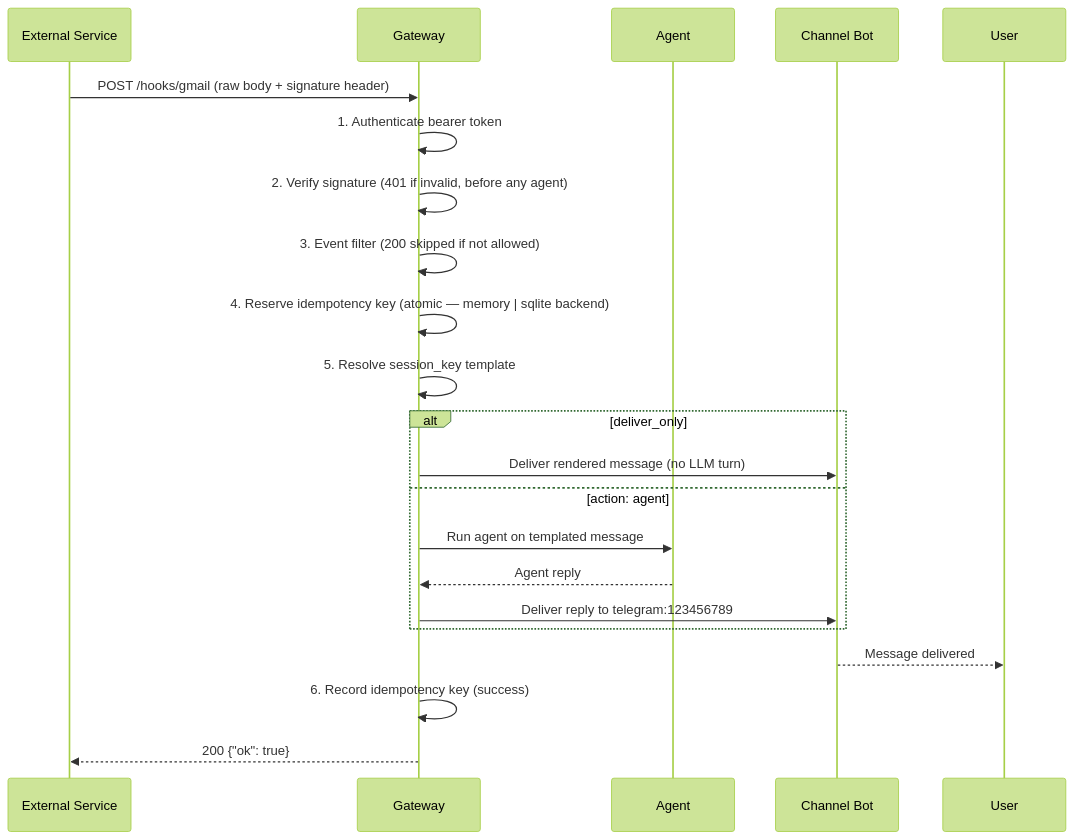
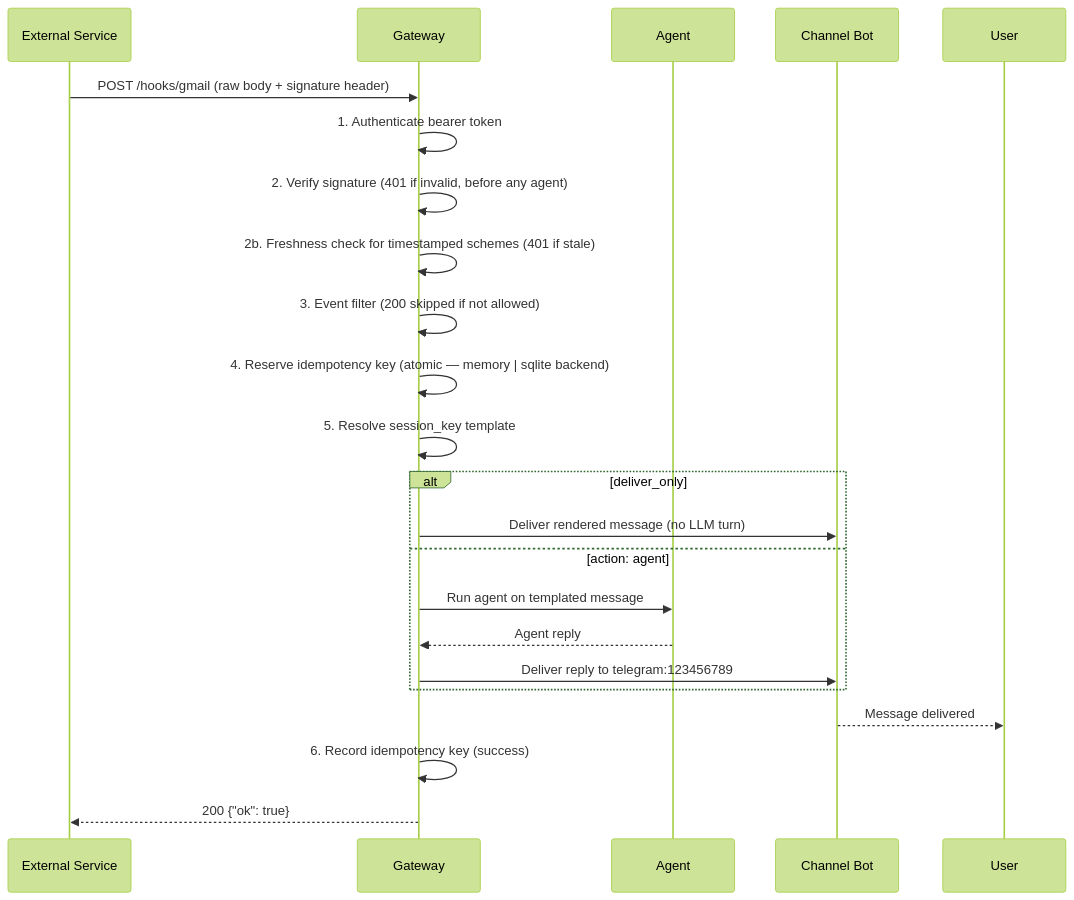
The second of 6 diagrams in docs/features/gateway-inbound-hooks.mdx (MervinPraison/PraisonAIDocs), drawn with Mermaid (forest theme) before and after one commit. The commit also changed other lines of this file and 2 other files, not shown here.

Commit message:
docs: cover webhook signature schemes + replay window for gateway hooks (fixes #4615)

````diff
--- a/docs/features/gateway-inbound-hooks.mdx
+++ b/docs/features/gateway-inbound-hooks.mdx
@@ -155,25 +155,26 @@
 ```mermaid
 sequenceDiagram
     participant ES as External Service
     participant GW as Gateway
     participant AG as Agent
     participant CB as Channel Bot
     participant US as User
 
     ES->>GW: POST /hooks/gmail (raw body + signature header)
     GW->>GW: 1. Authenticate bearer token
     GW->>GW: 2. Verify signature (401 if invalid, before any agent)
+    GW->>GW: 2b. Freshness check for timestamped schemes (401 if stale)
     GW->>GW: 3. Event filter (200 skipped if not allowed)
     GW->>GW: 4. Reserve idempotency key (atomic — memory | sqlite backend)
     GW->>GW: 5. Resolve session_key template
     alt deliver_only
         GW->>CB: Deliver rendered message (no LLM turn)
     else action: agent
         GW->>AG: Run agent on templated message
         AG-->>GW: Agent reply
         GW->>CB: Deliver reply to telegram:123456789
     end
     CB-->>US: Message delivered
     GW->>GW: 6. Record idempotency key (success)
     GW-->>ES: 200 {"ok": true}
 ```
````
